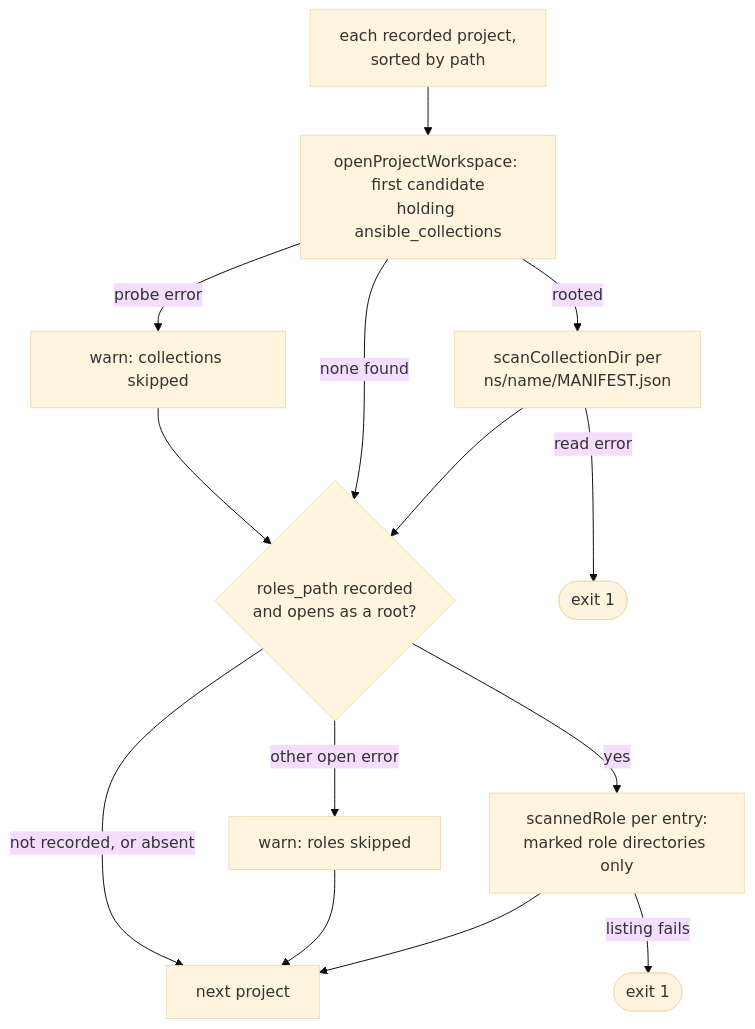
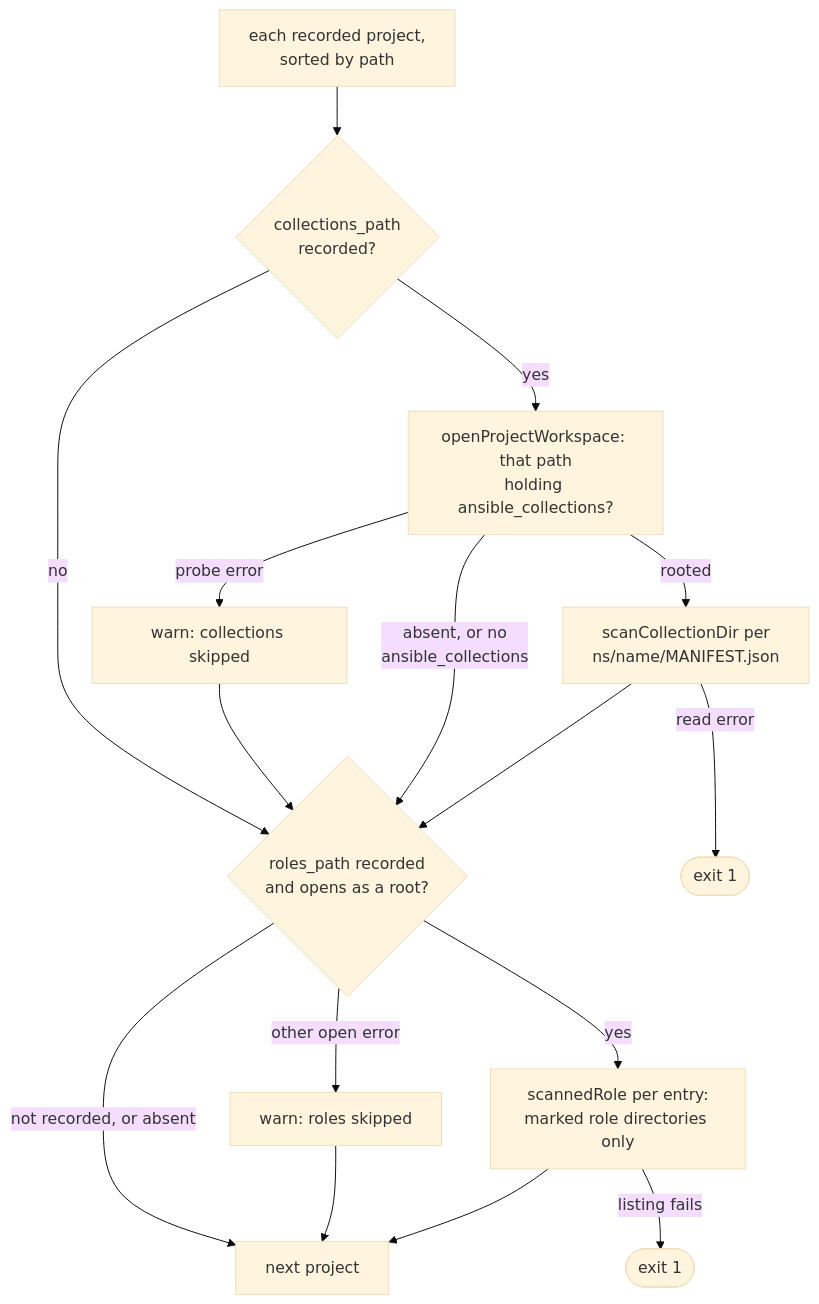
One commit to greeddj/go-galaxy changed the second of 3 diagrams in docs/internals/flow-cleanup.md. Above: the diagram before and after it, drawn with Mermaid (base theme). The commit also changed other lines of this file and 10 other files, not shown here.

````diff
--- a/docs/internals/flow-cleanup.md
+++ b/docs/internals/flow-cleanup.md
@@ -33,16 +33,18 @@
 ```mermaid
 flowchart TD
-    P["each recorded project,<br/>sorted by path"] --> WS["openProjectWorkspace: first candidate<br/>holding ansible_collections"]
+    P["each recorded project,<br/>sorted by path"] --> CP{"collections_path<br/>recorded?"}
+    CP -->|"no"| RS
+    CP -->|"yes"| WS["openProjectWorkspace: that path<br/>holding ansible_collections?"]
     WS -->|"probe error"| SKC["warn: collections skipped"]
-    WS -->|"none found"| RS
+    WS -->|"absent, or no<br/>ansible_collections"| RS
     WS -->|"rooted"| MC["scanCollectionDir per<br/>ns/name/MANIFEST.json"]
     MC --> RS{"roles_path recorded<br/>and opens as a root?"}
     MC -->|"read error"| X1(["exit 1"])
     SKC --> RS
     RS -->|"not recorded, or absent"| NX["next project"]
     RS -->|"other open error"| SKR["warn: roles skipped"]
     RS -->|"yes"| RD["scannedRole per entry:<br/>marked role directories only"]
     SKR --> NX
     RD --> NX
     RD -->|"listing fails"| X1R(["exit 1"])
 ```
````
